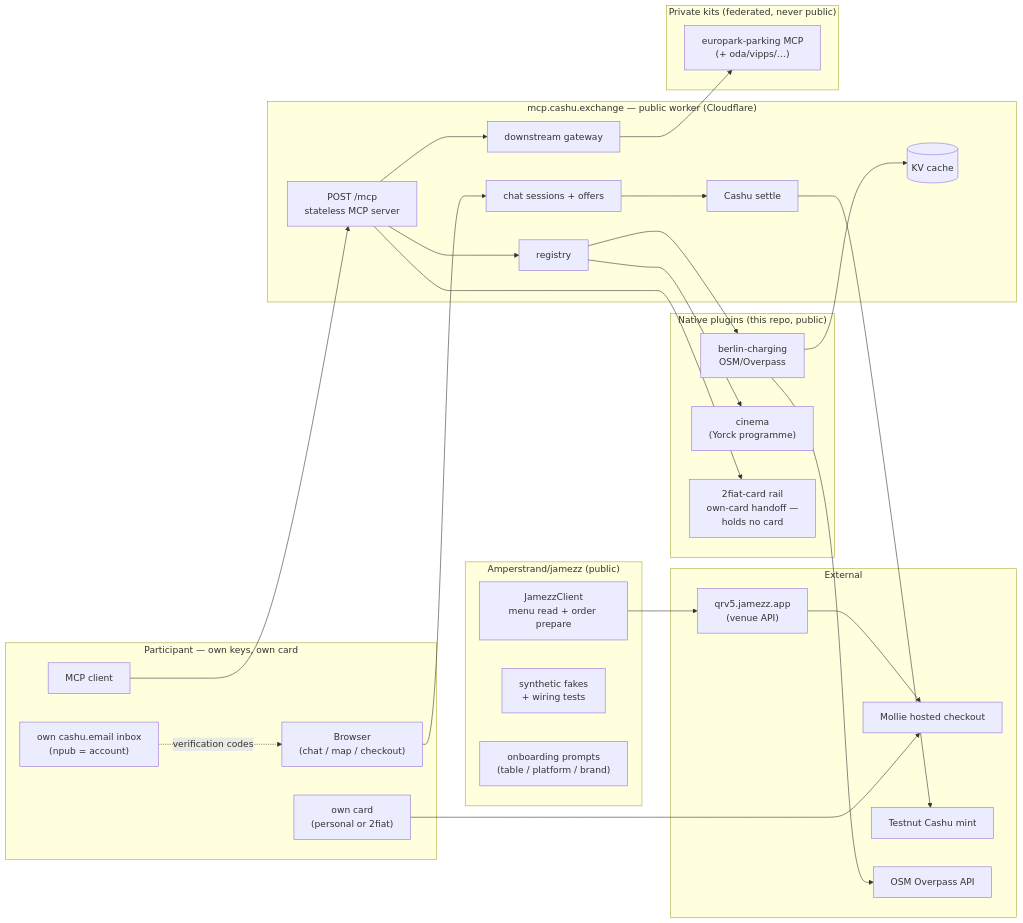
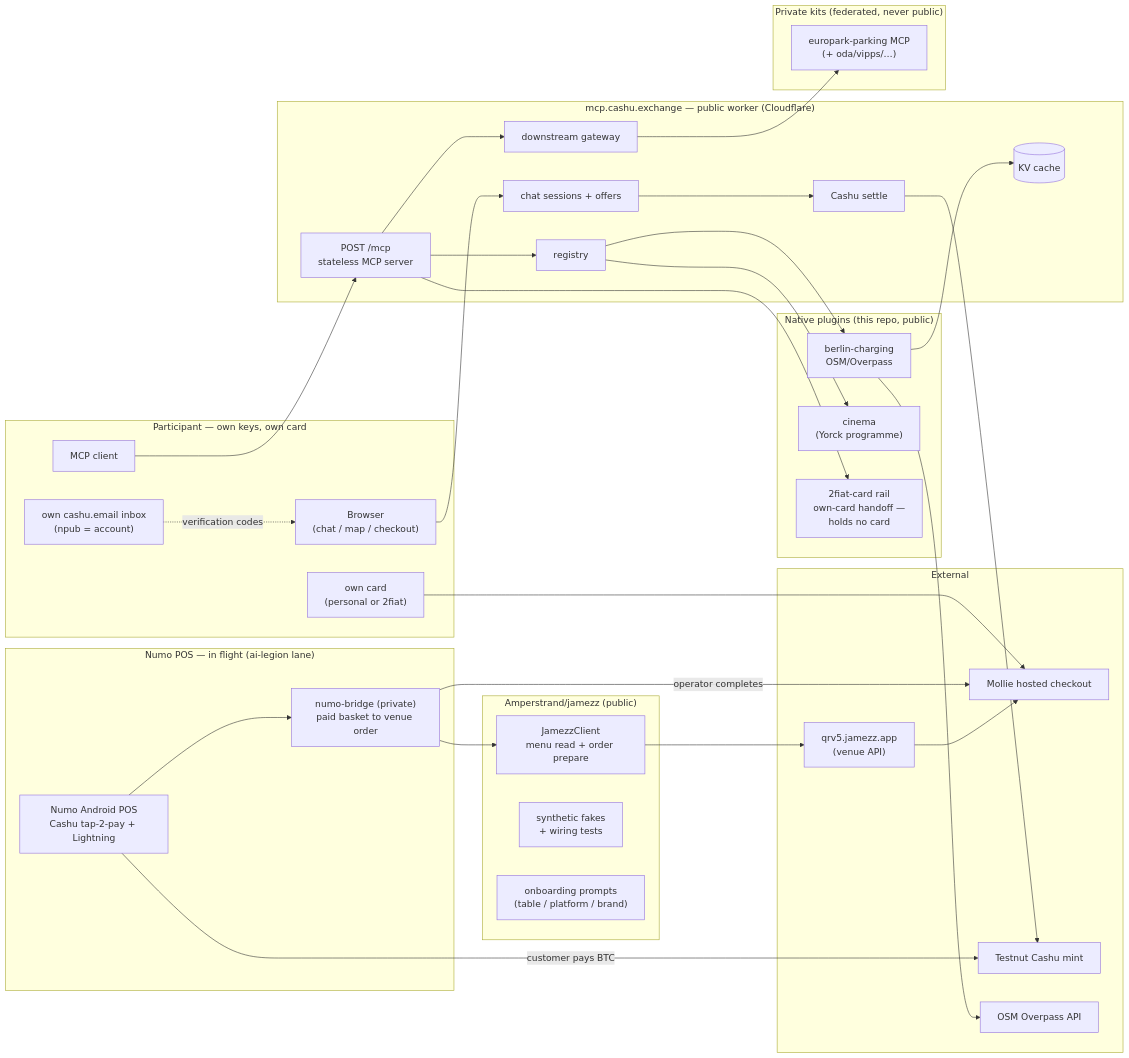
One commit to Amperstrand/mcp-cashu-exchange changed the diagram in README.md. Above: the diagram before and after it, drawn with Mermaid. The commit also changed other lines of this file and 2 other files, not shown here.

Commit message:
Hackathon kit: demo script with fallbacks and the 24-hour roadmap; Numo lane in the architecture diagram.

````diff
--- a/README.md
+++ b/README.md
@@ -59,52 +61,60 @@
 ```mermaid
 flowchart LR
   subgraph P["Participant — own keys, own card"]
     B["Browser<br/>(chat / map / checkout)"]
     MC["MCP client"]
     INBOX["own cashu.email inbox<br/>(npub = account)"]
     CARD["own card<br/>(personal or 2fiat)"]
   end
 
   subgraph X["mcp.cashu.exchange — public worker (Cloudflare)"]
     MCP["POST /mcp<br/>stateless MCP server"]
     CHAT["chat sessions + offers"]
     SETTLE["Cashu settle"]
     REG["registry"]
     GW["downstream gateway"]
     KV[("KV cache")]
   end
 
   subgraph PLUG["Native plugins (this repo, public)"]
     CHG["berlin-charging<br/>OSM/Overpass"]
     CIN["cinema<br/>(Yorck programme)"]
     RAIL["2fiat-card rail<br/>own-card handoff —<br/>holds no card"]
   end
 
   subgraph J["Amperstrand/jamezz (public)"]
     JC["JamezzClient<br/>menu read + order prepare"]
     TESTS["synthetic fakes<br/>+ wiring tests"]
     PROMPTS["onboarding prompts<br/>(table / platform / brand)"]
   end
 
+  subgraph NP["Numo POS — in flight (ai-legion lane)"]
+    NUMO["Numo Android POS<br/>Cashu tap-2-pay + Lightning"]
+    NBR["numo-bridge (private)<br/>paid basket to venue order"]
+  end
+
   subgraph EXT["External"]
     QR["qrv5.jamezz.app<br/>(venue API)"]
     MOL["Mollie hosted checkout"]
     MINT["Testnut Cashu mint"]
     OVP["OSM Overpass API"]
   end
 
   subgraph KIT["Private kits (federated, never public)"]
     DS["europark-parking MCP<br/>(+ oda/vipps/…)"]
   end
 
   B --> CHAT --> SETTLE --> MINT
   MC --> MCP
   MCP --> REG --> CHG & CIN
   MCP --> RAIL
   MCP --> GW --> DS
   CHG --> OVP
   CHG --> KV
   JC --> QR --> MOL
+  NUMO -->|customer pays BTC| MINT
+  NUMO --> NBR --> JC
+  NBR -->|operator completes| MOL
   CARD --> MOL
   INBOX -. verification codes .-> B
 ```
````
